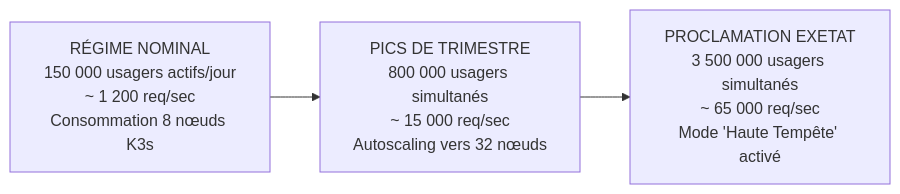
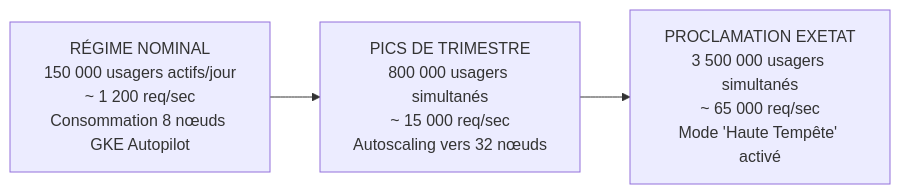
The first of 2 diagrams in tome-7/124/README.md (Adolphechris/clenel-elysium), drawn with Mermaid before and after one commit. The commit also changed other lines of this file and 39 other files, not shown here.

````diff
--- a/tome-7/124/README.md
+++ b/tome-7/124/README.md
@@ -20,10 +20,10 @@
 ```mermaid
 graph LR
-    P1["RÉGIME NOMINAL\n150 000 usagers actifs/jour\n~ 1 200 req/sec\nConsommation 8 nœuds K3s"]
+    P1["RÉGIME NOMINAL\n150 000 usagers actifs/jour\n~ 1 200 req/sec\nConsommation 8 nœuds GKE Autopilot"]
     
     P2["PICS DE TRIMESTRE\n800 000 usagers simultanés\n~ 15 000 req/sec\nAutoscaling vers 32 nœuds"]
     
     P3["PROCLAMATION EXETAT\n3 500 000 usagers simultanés\n~ 65 000 req/sec\nMode 'Haute Tempête' activé"]
     
     P1 --> P2 --> P3
 ```
````
